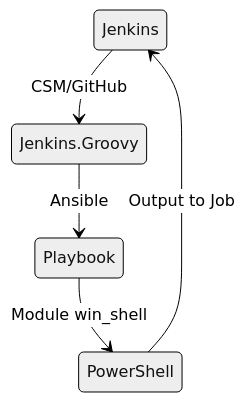
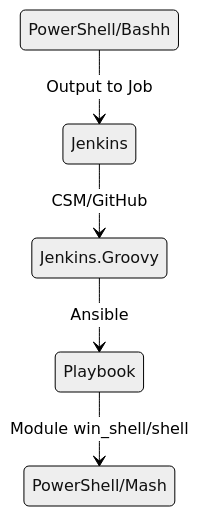
One commit to Lifailon/Deploy-PS-Module changed the diagram in README.md. Above: the diagram before and after it, drawn with Mermaid (neutral theme).

Commit message:
test state

````diff
--- a/README.md
+++ b/README.md
@@ -7,7 +7,7 @@
 ```mermaid
 stateDiagram-v2
     Jenkins --> Jenkins.Groovy: CSM/GitHub
     Jenkins.Groovy --> Playbook: Ansible
-    Playbook --> PowerShell: Module win_shell
-    PowerShell --> Jenkins: Output to Job
+    Playbook --> PowerShell/Mash: Module win_shell/shell
+    PowerShell/Bashh --> Jenkins: Output to Job
 ```
````
